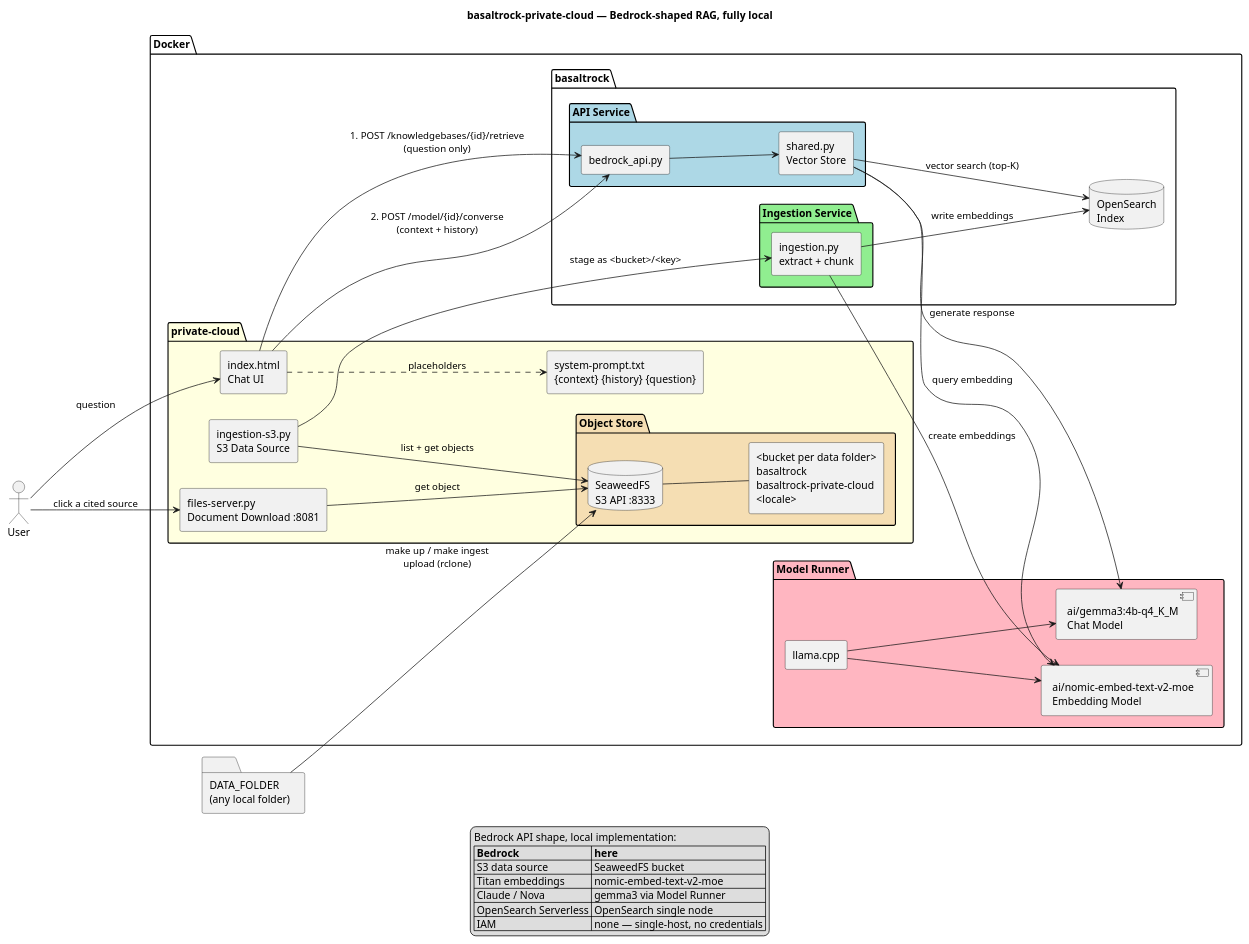
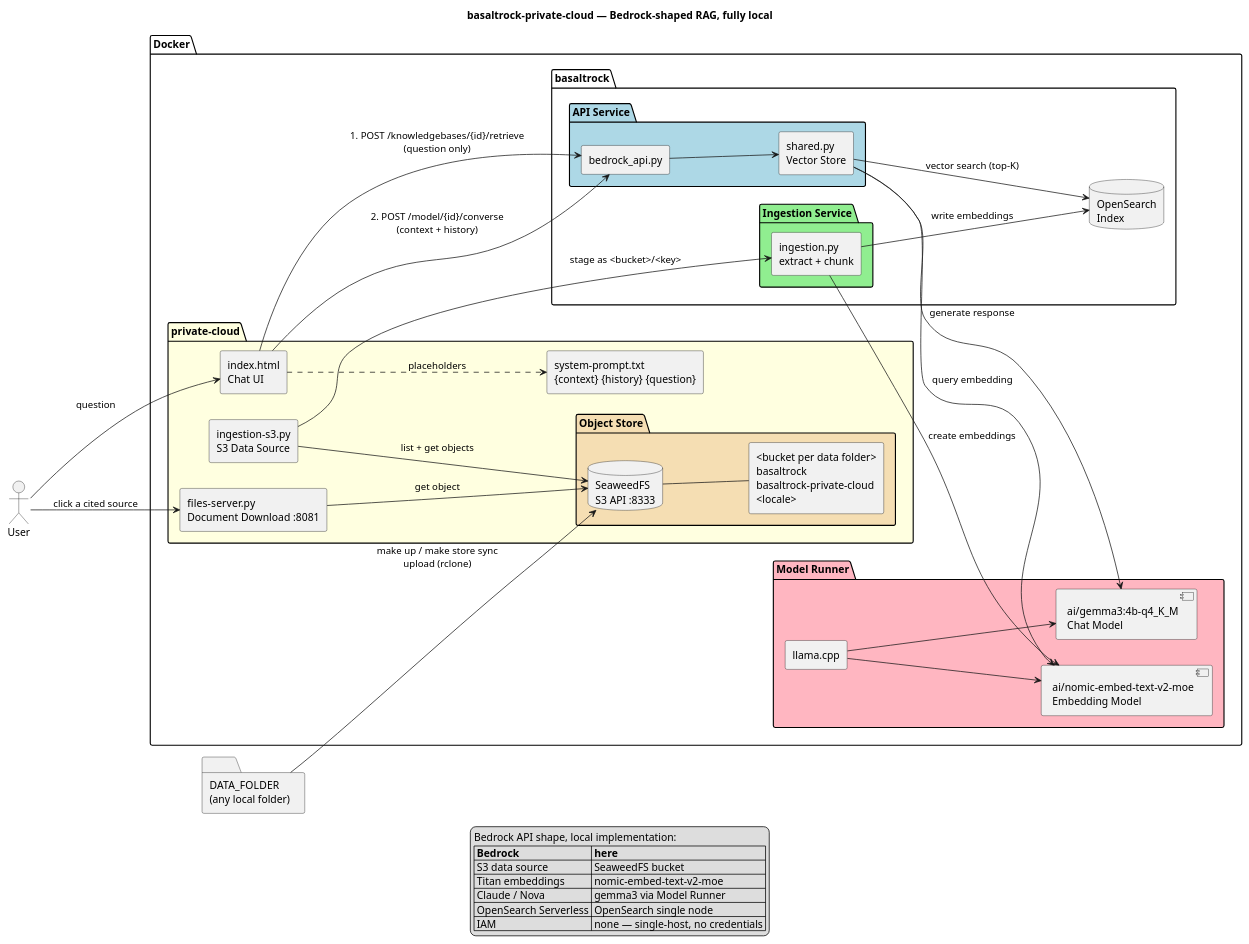
The diagram in docs/private-cloud.puml (bohdanartiushenko/basaltrock-private-cloud), drawn with PlantUML before and after one commit. The commit also changed 10 other files, not shown here.

```diff
--- a/docs/private-cloud.puml
+++ b/docs/private-cloud.puml
@@ -1,82 +1,82 @@
 @startuml
 
 title basaltrock-private-cloud — Bedrock-shaped RAG, fully local
 
 ' ── Actors ──────────────────────────────────────────────
 left to right direction
 
 actor "User" as user
 folder "DATA_FOLDER\n(any local folder)" as userfolder
 user -[hidden]- userfolder
 
 package "Docker" {
 
   package "private-cloud" #LightYellow {
 
     package "Object Store" #Wheat {
       database "SeaweedFS\nS3 API :8333" as s3
       rectangle "<bucket per data folder>\nbasaltrock\nbasaltrock-private-cloud\n<locale>" as buckets
       s3 -- buckets
     }
 
     rectangle "ingestion-s3.py\nS3 Data Source" as s3ingest
     rectangle "files-server.py\nDocument Download :8081" as files
     rectangle "index.html\nChat UI" as ui
     rectangle "system-prompt.txt\n{context} {history} {question}" as prompt
   }
 
   package basaltrock {
     package "API Service" #LightBlue {
       rectangle "bedrock_api.py" as bedrockapi
       rectangle "shared.py\nVector Store" as shared
     }
 
     package "Ingestion Service" #LightGreen {
       rectangle "ingestion.py\nextract + chunk" as ingestion
     }
 
     database "OpenSearch\nIndex" as osindex
   }
 
   package "Model Runner" #LightPink {
     rectangle "llama.cpp" as modelrunner
     component "ai/gemma3:4b-q4_K_M\nChat Model" as chatmodel
     component "ai/nomic-embed-text-v2-moe\nEmbedding Model" as embedmodel
 
     modelrunner --> chatmodel
     modelrunner --> embedmodel
   }
 }
 
 ' ── Ingest path ─────────────────────────────────────────
-userfolder --> s3 : make up / make ingest\nupload (rclone)
+userfolder --> s3 : make up / make store sync\nupload (rclone)
 s3ingest --> s3 : list + get objects
 s3ingest --> ingestion : stage as <bucket>/<key>
 ingestion --> embedmodel : create embeddings
 ingestion --> osindex : write embeddings
 
 ' ── Query path ──────────────────────────────────────────
 user --> ui : question
 ui --> bedrockapi : 1. POST /knowledgebases/{id}/retrieve\n(question only)
 ui --> bedrockapi : 2. POST /model/{id}/converse\n(context + history)
 ui ..> prompt : placeholders
 bedrockapi --> shared
 shared --> embedmodel : query embedding
 shared --> osindex : vector search (top-K)
 shared --> chatmodel : generate response
 
 ' ── Download path ───────────────────────────────────────
 user --> files : click a cited source
 files --> s3 : get object
 
 legend bottom
   Bedrock API shape, local implementation:
   |= Bedrock |= here |
   | S3 data source | SeaweedFS bucket |
   | Titan embeddings | nomic-embed-text-v2-moe |
   | Claude / Nova | gemma3 via Model Runner |
   | OpenSearch Serverless | OpenSearch single node |
   | IAM | none — single-host, no credentials |
 endlegend
 
 @enduml
```
